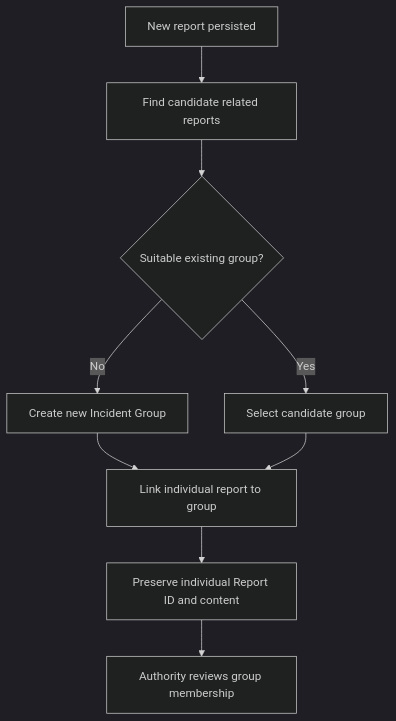
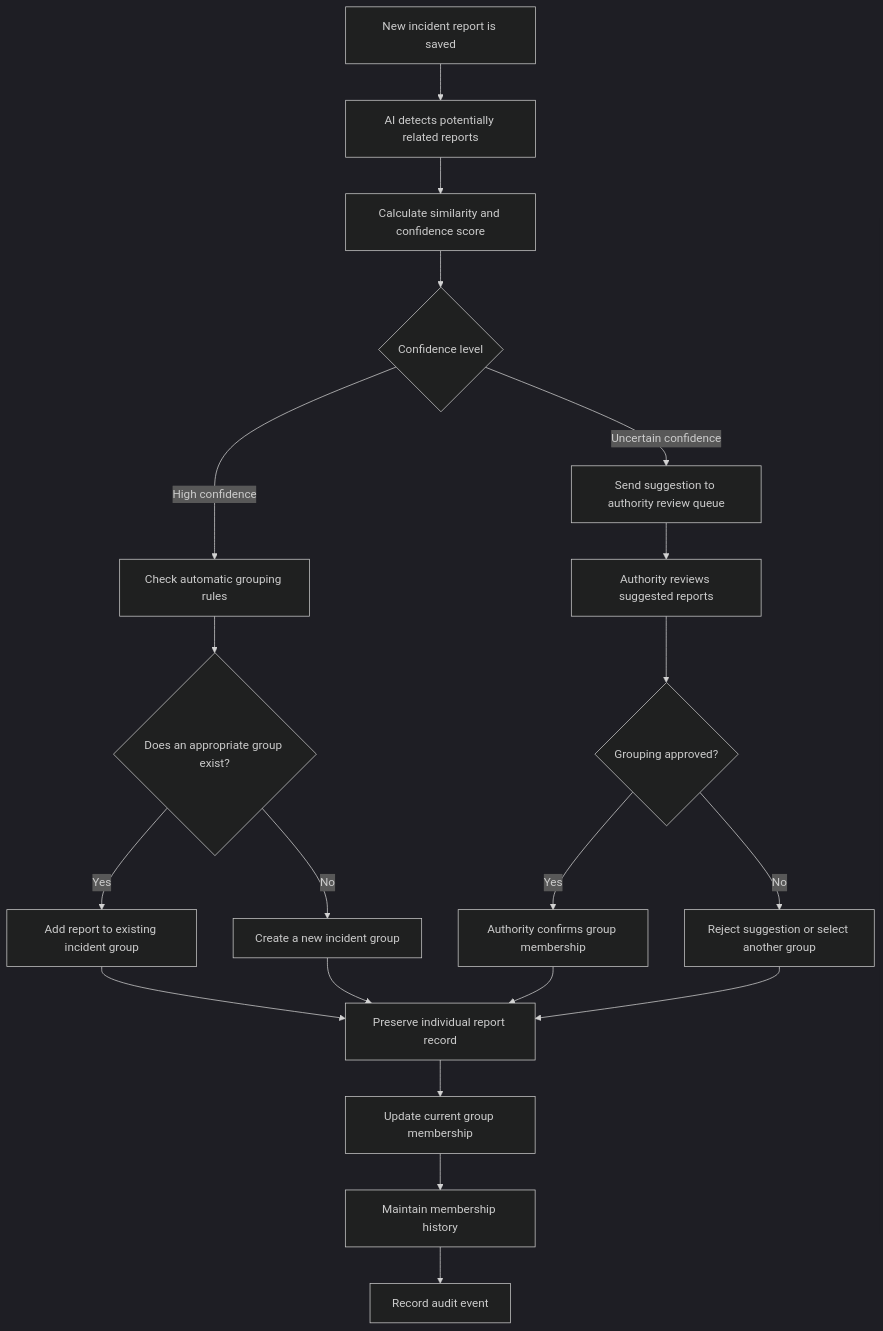
One commit to NishitaSingh01/DisasterGuard changed the fourth of 6 diagrams in docs/10_Workflows_and_Diagrams.md. Above: the diagram before and after it, drawn with Mermaid (dark theme). The commit also changed other lines of this file and 1 other file, not shown here.

````diff
--- a/docs/10_Workflows_and_Diagrams.md
+++ b/docs/10_Workflows_and_Diagrams.md
@@ -60,11 +134,29 @@
-``` mermaid
+```mermaid
 flowchart TD
-    A[New report persisted] --> B[Find candidate related reports]
-    B --> C{Suitable existing group?}
-    C -->|No| D[Create new Incident Group]
-    C -->|Yes| E[Select candidate group]
-    D --> F[Link individual report to group]
-    E --> F
-    F --> G[Preserve individual Report ID and content]
-    G --> H[Authority reviews group membership]
+    A[New incident report is saved] --> B[AI detects potentially related reports]
+    B --> C[Calculate similarity and confidence score]
+
+    C --> D{Confidence level}
+
+    D -->|High confidence| E[Check automatic grouping rules]
+    D -->|Uncertain confidence| F[Send suggestion to authority review queue]
+
+    E --> G{Does an appropriate group exist?}
+    G -->|Yes| H[Add report to existing incident group]
+    G -->|No| I[Create a new incident group]
+
+    F --> J[Authority reviews suggested reports]
+    J --> K{Grouping approved?}
+
+    K -->|Yes| L[Authority confirms group membership]
+    K -->|No| M[Reject suggestion or select another group]
+
+    H --> N[Preserve individual report record]
+    I --> N
+    L --> N
+    M --> N
+
+    N --> O[Update current group membership]
+    O --> P[Maintain membership history]
+    P --> Q[Record audit event]
 ```
````
